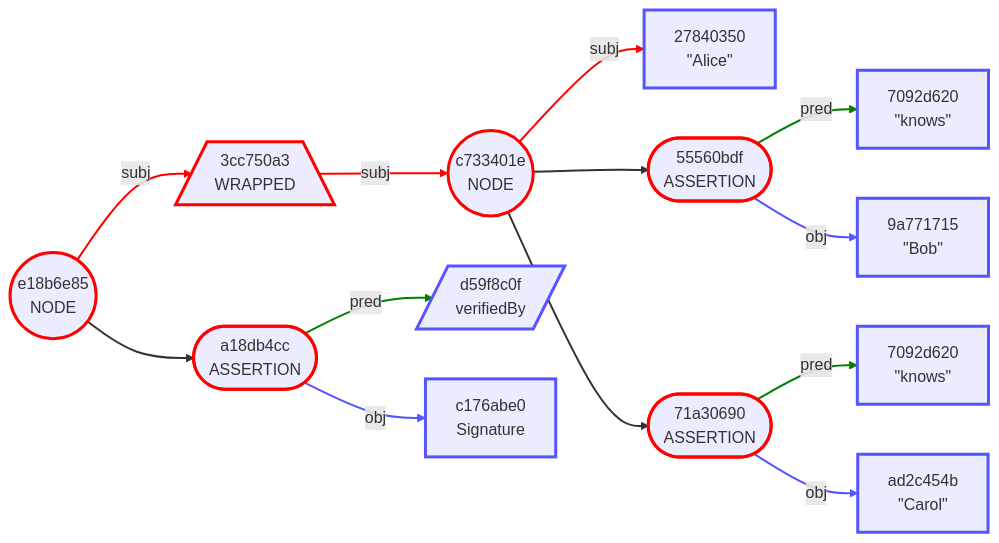
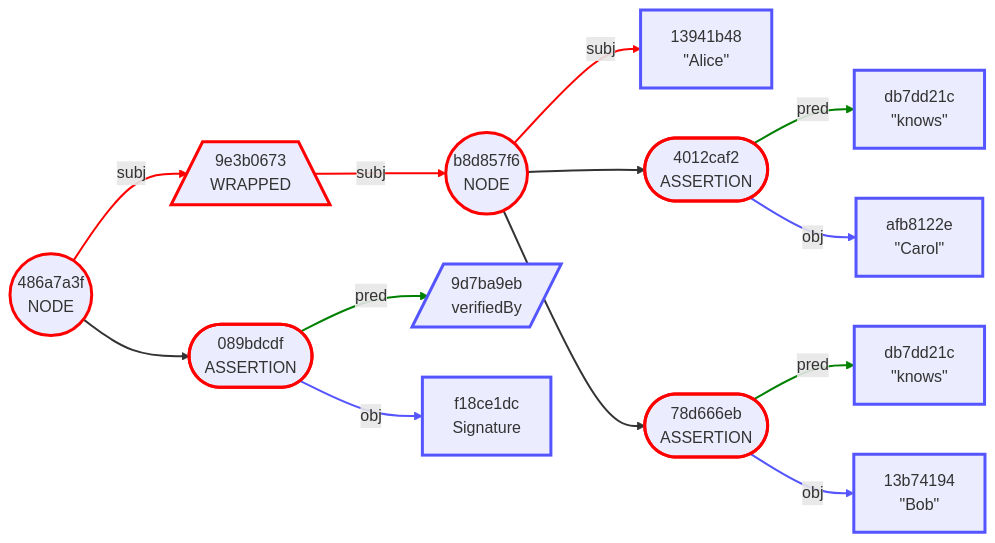
Diagram 15 of 26 in Envelope/OutputFormats.md (BlockchainCommons/Gordian), drawn with Mermaid before and after one commit. The commit also changed other lines of this file and 6 other files, not shown here.

````diff
--- a/Envelope/OutputFormats.md
+++ b/Envelope/OutputFormats.md
@@ -614,53 +685,53 @@
 ```mermaid
 graph LR
-    1(("e18b6e85<br/>NODE"))
-    2[/"3cc750a3<br/>WRAPPED"\]
-    3(("c733401e<br/>NODE"))
-    4["27840350<br/>#quot;Alice#quot;"]
-    5(["55560bdf<br/>ASSERTION"])
-    6["7092d620<br/>#quot;knows#quot;"]
-    7["9a771715<br/>#quot;Bob#quot;"]
-    8(["71a30690<br/>ASSERTION"])
-    9["7092d620<br/>#quot;knows#quot;"]
-    10["ad2c454b<br/>#quot;Carol#quot;"]
-    11(["a18db4cc<br/>ASSERTION"])
-    12[/"d59f8c0f<br/>verifiedBy"/]
-    13["c176abe0<br/>Signature"]
+    1(("486a7a3f<br/>NODE"))
+    2[/"9e3b0673<br/>WRAPPED"\]
+    3(("b8d857f6<br/>NODE"))
+    4["13941b48<br/>#quot;Alice#quot;"]
+    5(["4012caf2<br/>ASSERTION"])
+    6["db7dd21c<br/>#quot;knows#quot;"]
+    7["afb8122e<br/>#quot;Carol#quot;"]
+    8(["78d666eb<br/>ASSERTION"])
+    9["db7dd21c<br/>#quot;knows#quot;"]
+    10["13b74194<br/>#quot;Bob#quot;"]
+    11(["089bdcdf<br/>ASSERTION"])
+    12[/"9d7ba9eb<br/>verifiedBy"/]
+    13["f18ce1dc<br/>Signature"]
     1 -->|subj| 2
     2 -->|subj| 3
     3 -->|subj| 4
     3 --> 5
     5 -->|pred| 6
     5 -->|obj| 7
     3 --> 8
     8 -->|pred| 9
     8 -->|obj| 10
     1 --> 11
     11 -->|pred| 12
     11 -->|obj| 13
     style 1 stroke:red,stroke-width:3.0px
     style 2 stroke:red,stroke-width:3.0px
     style 3 stroke:red,stroke-width:3.0px
     style 4 stroke:#55f,stroke-width:3.0px
     style 5 stroke:red,stroke-width:3.0px
     style 6 stroke:#55f,stroke-width:3.0px
     style 7 stroke:#55f,stroke-width:3.0px
     style 8 stroke:red,stroke-width:3.0px
     style 9 stroke:#55f,stroke-width:3.0px
     style 10 stroke:#55f,stroke-width:3.0px
     style 11 stroke:red,stroke-width:3.0px
     style 12 stroke:#55f,stroke-width:3.0px
     style 13 stroke:#55f,stroke-width:3.0px
     linkStyle 0 stroke:red,stroke-width:2.0px
     linkStyle 1 stroke:red,stroke-width:2.0px
     linkStyle 2 stroke:red,stroke-width:2.0px
     linkStyle 3 stroke-width:2.0px
     linkStyle 4 stroke:green,stroke-width:2.0px
     linkStyle 5 stroke:#55f,stroke-width:2.0px
     linkStyle 6 stroke-width:2.0px
     linkStyle 7 stroke:green,stroke-width:2.0px
     linkStyle 8 stroke:#55f,stroke-width:2.0px
     linkStyle 9 stroke-width:2.0px
     linkStyle 10 stroke:green,stroke-width:2.0px
     linkStyle 11 stroke:#55f,stroke-width:2.0px
 ```
````
